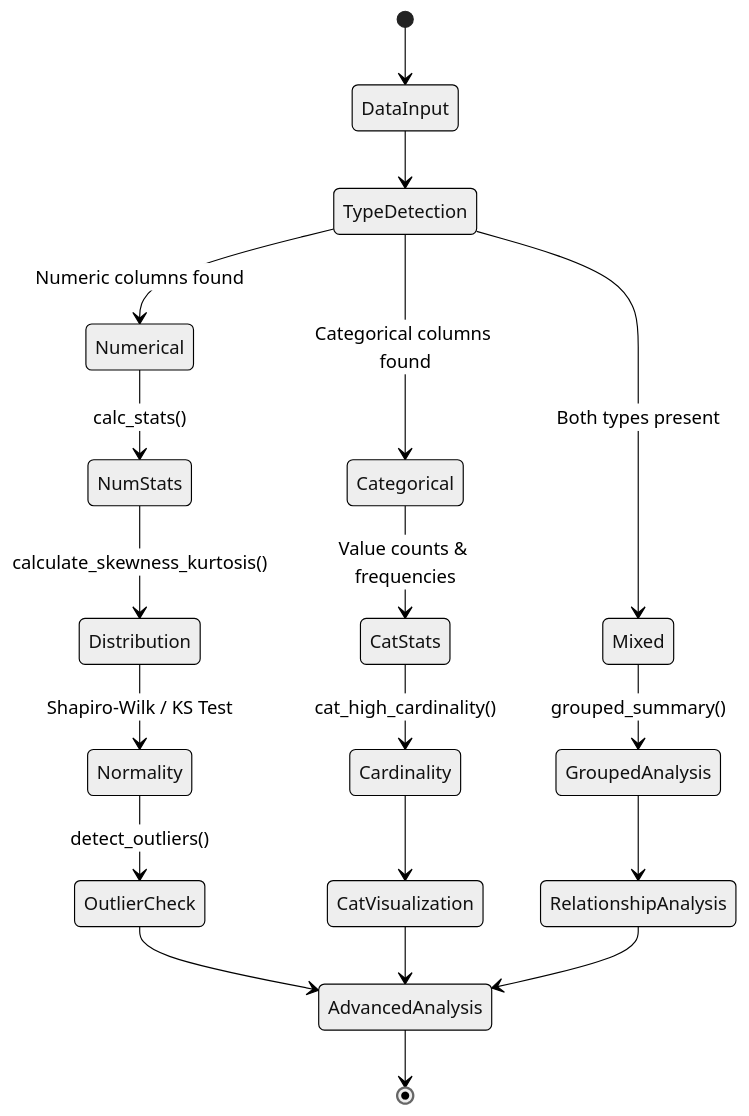
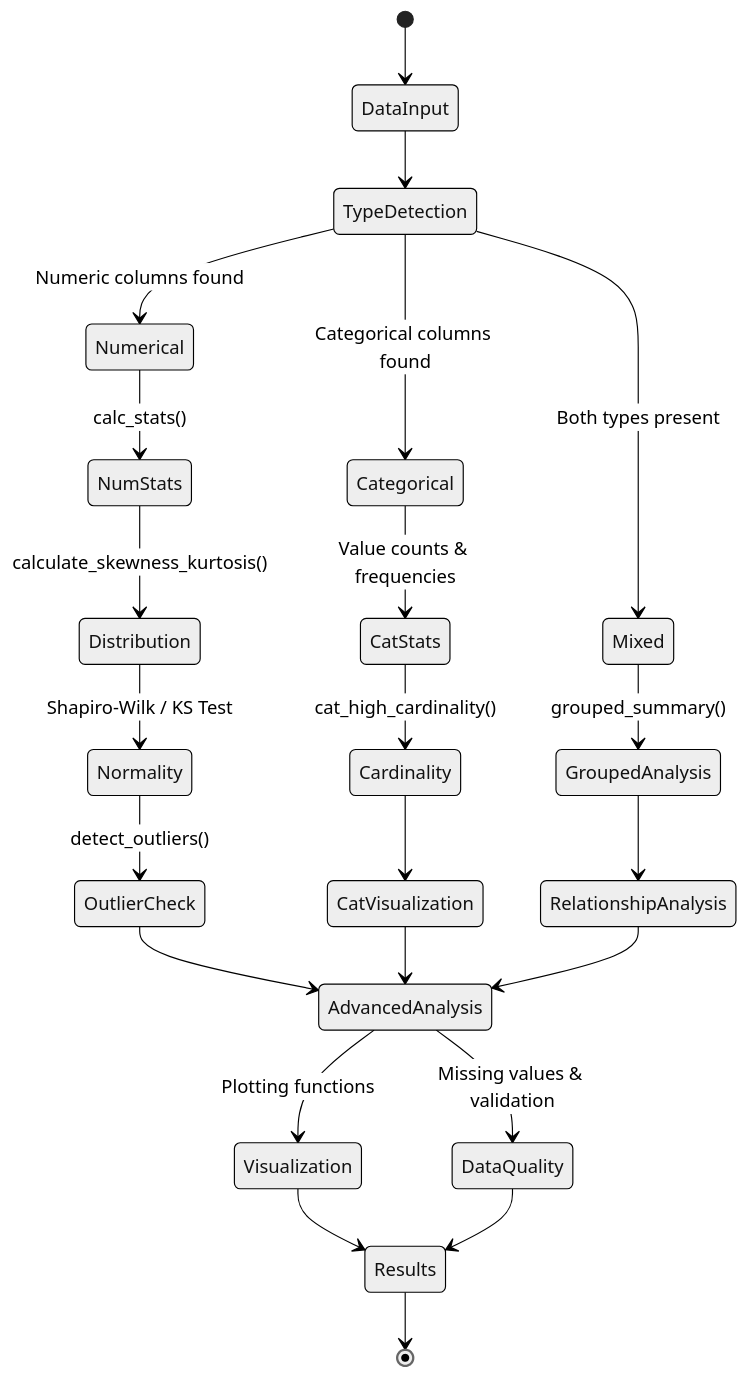
Before and after one commit to dhaneshbb/insightfulpy: the ninth of 9 diagrams in docs/INSIGHTFULPY_DOCUMENTATION.md, drawn with Mermaid (neutral theme). The commit also changed other lines of this file, not shown here.

````diff
--- a/docs/INSIGHTFULPY_DOCUMENTATION.md
+++ b/docs/INSIGHTFULPY_DOCUMENTATION.md
@@ -609,27 +609,32 @@
 ```mermaid
 stateDiagram-v2
     [*] --> DataInput
     DataInput --> TypeDetection
     
     TypeDetection --> Numerical: Numeric columns found
     TypeDetection --> Categorical: Categorical columns found
     TypeDetection --> Mixed: Both types present
     
     Numerical --> NumStats: calc_stats()
     NumStats --> Distribution: calculate_skewness_kurtosis()
     Distribution --> Normality: Shapiro-Wilk / KS Test
     Normality --> OutlierCheck: detect_outliers()
     
     Categorical --> CatStats: Value counts & frequencies
     CatStats --> Cardinality: cat_high_cardinality()
     Cardinality --> CatVisualization
     
     Mixed --> GroupedAnalysis: grouped_summary()
     GroupedAnalysis --> RelationshipAnalysis
     
     OutlierCheck --> AdvancedAnalysis
     CatVisualization --> AdvancedAnalysis
     RelationshipAnalysis --> AdvancedAnalysis
     
-    AdvancedAnalysis --> [*]
+    AdvancedAnalysis --> Visualization: Plotting functions
+    AdvancedAnalysis --> DataQuality: Missing values & validation
+    
+    Visualization --> Results
+    DataQuality --> Results
+    Results --> [*]
 ```
````
